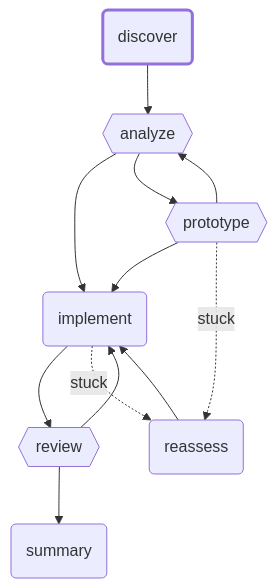
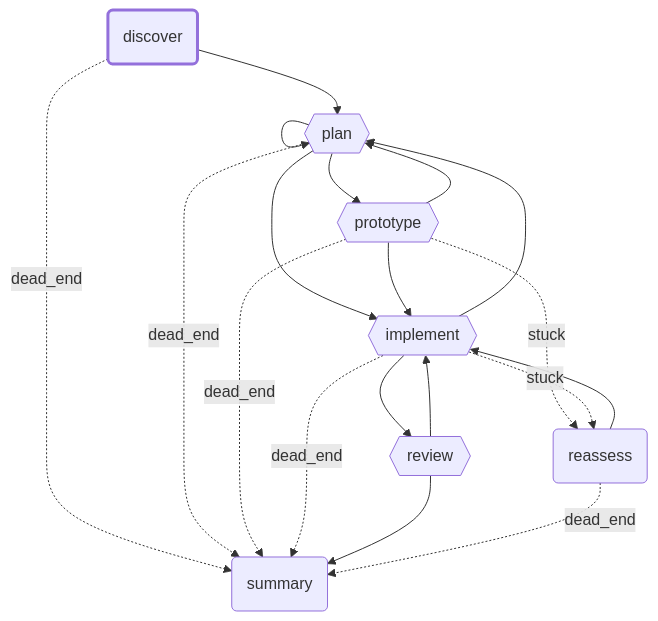
The diagram in docs/assets/agents/src/coder.mmd (GEMISIS/leviath), drawn with Mermaid before and after one commit. The commit also changed 52 other files, not shown here.

```diff
--- a/docs/assets/agents/src/coder.mmd
+++ b/docs/assets/agents/src/coder.mmd
@@ -1,21 +1,28 @@
 flowchart TD
     discover(discover)
-    analyze{{analyze}}
+    plan{{plan}}
     prototype{{prototype}}
-    implement(implement)
+    implement{{implement}}
     review{{review}}
     reassess(reassess)
     summary(summary)
-    discover --> analyze
-    analyze --> implement
-    analyze --> prototype
+    discover --> plan
+    discover -. dead_end .-> summary
+    plan --> implement
+    plan --> prototype
+    plan --> plan
+    plan -. dead_end .-> summary
     prototype --> implement
-    prototype --> analyze
+    prototype --> plan
     prototype -. stuck .-> reassess
+    prototype -. dead_end .-> summary
     implement --> review
+    implement --> plan
     implement -. stuck .-> reassess
+    implement -. dead_end .-> summary
     review --> summary
     review --> implement
     reassess --> implement
+    reassess -. dead_end .-> summary
     classDef entry stroke-width:3px
     class discover entry
```
